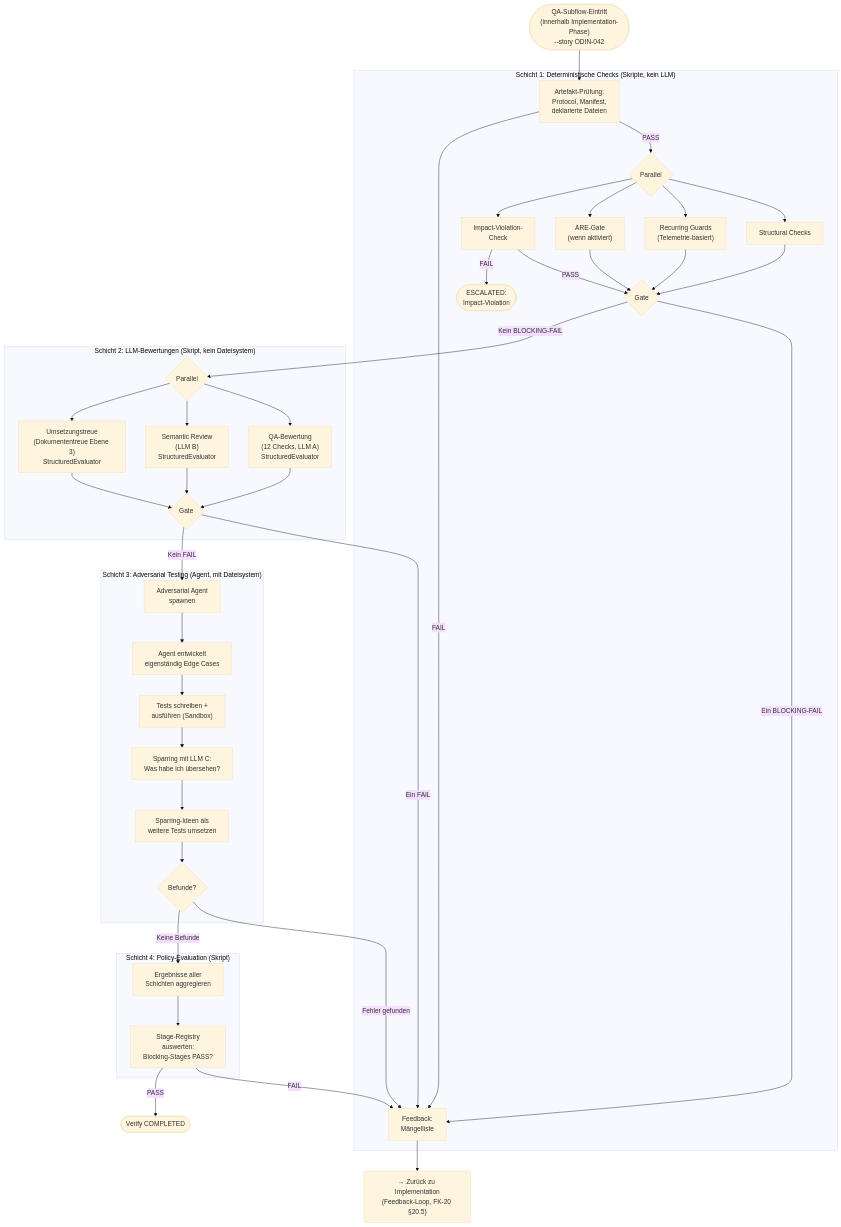
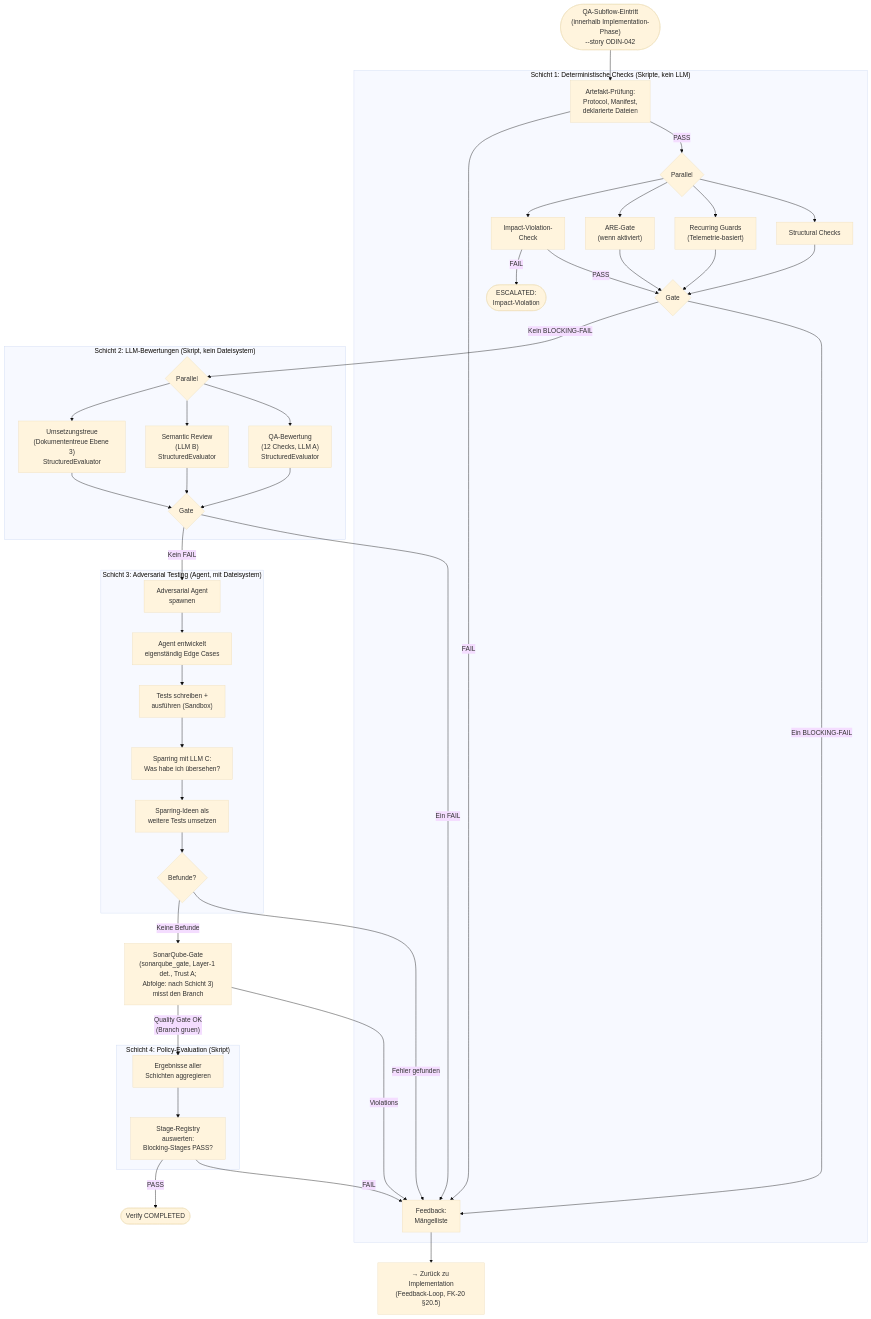
The diagram in concept/technical-design/27_verify_pipeline_closure_orchestration.md (saltenhof/claude-agentkit3), drawn with Mermaid (base theme) before and after one commit. The commit also changed other lines of this file and 39 other files, not shown here.

First line of the commit message:
docs(concept): SonarQube-Green-Gate verankern (3-Punkt-Lifecycle-Gate + Formal-Spec)

````diff
--- a/concept/technical-design/27_verify_pipeline_closure_orchestration.md
+++ b/concept/technical-design/27_verify_pipeline_closure_orchestration.md
@@ -248,57 +249,61 @@
 ```mermaid
 flowchart TD
     START(["QA-Subflow-Eintritt<br/>(innerhalb Implementation-Phase)<br/>--story ODIN-042"]) --> S1
 
     subgraph SCHICHT_1 ["Schicht 1: Deterministische Checks (Skripte, kein LLM)"]
         S1["Artefakt-Prüfung:<br/>Protocol, Manifest,<br/>deklarierte Dateien"]
         S1 -->|PASS| S1P{Parallel}
         S1 -->|FAIL| FB
         S1P --> STRUCT["Structural Checks"]
         S1P --> RECUR["Recurring Guards<br/>(Telemetrie-basiert)"]
         S1P --> ARE_G["ARE-Gate<br/>(wenn aktiviert)"]
         S1P --> IMPACT["Impact-Violation-<br/>Check"]
         STRUCT --> S1G{Gate}
         RECUR --> S1G
         ARE_G --> S1G
         IMPACT -->|PASS| S1G
         IMPACT -->|FAIL| ESC_IV(["ESCALATED:<br/>Impact-Violation"])
     end
 
     S1G -->|"Ein BLOCKING-FAIL"| FB["Feedback:<br/>Mängelliste"]
     S1G -->|"Kein BLOCKING-FAIL"| S2
 
     subgraph SCHICHT_2 ["Schicht 2: LLM-Bewertungen (Skript, kein Dateisystem)"]
         S2{Parallel}
         S2 --> QA["QA-Bewertung<br/>(12 Checks, LLM A)<br/>StructuredEvaluator"]
         S2 --> SEM["Semantic Review<br/>(LLM B)<br/>StructuredEvaluator"]
         S2 --> UMSTR["Umsetzungstreue<br/>(Dokumententreue Ebene 3)<br/>StructuredEvaluator"]
         QA --> S2G{Gate}
         SEM --> S2G
         UMSTR --> S2G
     end
 
     S2G -->|"Ein FAIL"| FB
     S2G -->|"Kein FAIL"| S3
 
     subgraph SCHICHT_3 ["Schicht 3: Adversarial Testing (Agent, mit Dateisystem)"]
         S3["Adversarial Agent<br/>spawnen"]
         S3 --> S3_OWN["Agent entwickelt<br/>eigenständig Edge Cases"]
         S3_OWN --> S3_TEST1["Tests schreiben +<br/>ausführen (Sandbox)"]
         S3_TEST1 --> S3_SPAR["Sparring mit LLM C:<br/>Was habe ich übersehen?"]
         S3_SPAR --> S3_TEST2["Sparring-Ideen als<br/>weitere Tests umsetzen"]
         S3_TEST2 --> S3_RESULT{"Befunde?"}
     end
 
     S3_RESULT -->|"Fehler gefunden"| FB
-    S3_RESULT -->|"Keine Befunde"| S4
+    S3_RESULT -->|"Keine Befunde"| SONAR
+
+    SONAR["SonarQube-Gate<br/>(sonarqube_gate, Layer-1 det., Trust A;<br/>Abfolge: nach Schicht 3)<br/>misst den Branch"]
+    SONAR -->|"Violations"| FB
+    SONAR -->|"Quality Gate OK<br/>(Branch gruen)"| S4
 
     subgraph SCHICHT_4 ["Schicht 4: Policy-Evaluation (Skript)"]
         S4["Ergebnisse aller<br/>Schichten aggregieren"]
         S4 --> S4_EVAL["Stage-Registry<br/>auswerten:<br/>Blocking-Stages PASS?"]
     end
 
     S4_EVAL -->|FAIL| FB
     S4_EVAL -->|PASS| DONE(["Verify COMPLETED"])
 
     FB --> WORKER["→ Zurück zu Implementation<br/>(Feedback-Loop, FK-20 §20.5)"]
 ```
````
